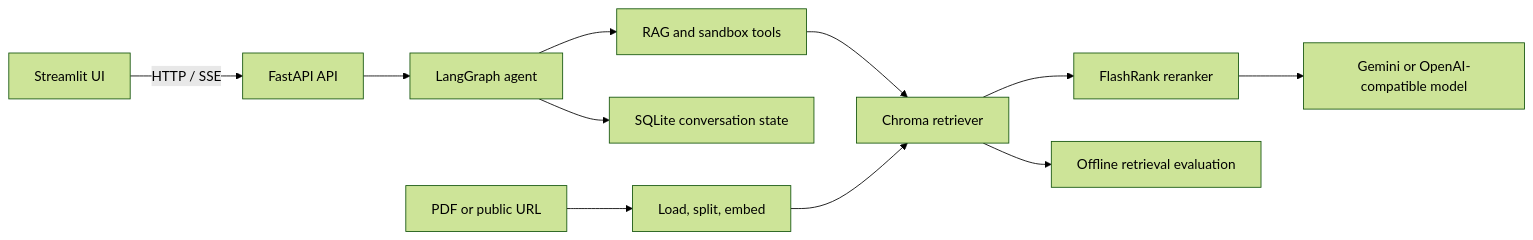
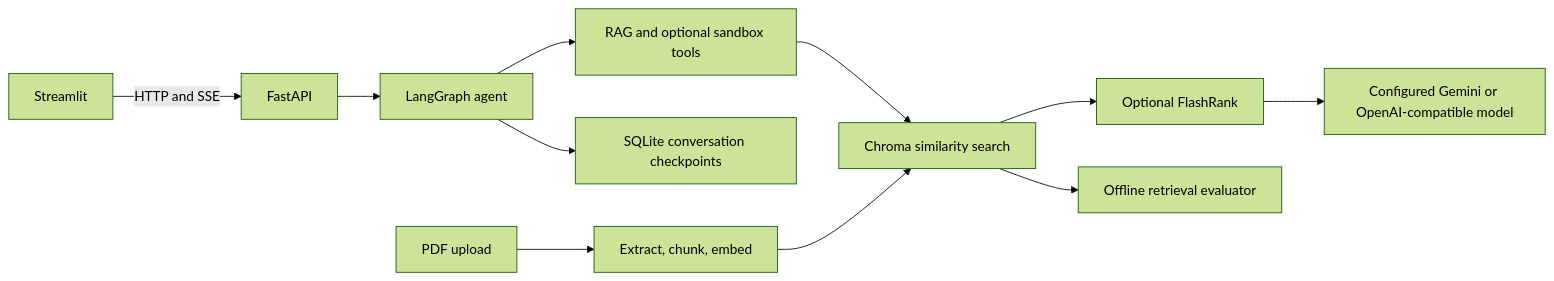
The diagram in README.md (edwinv96/Doculens), drawn with Mermaid (forest theme) before and after one commit. The commit also changed other lines of this file and 36 other files, not shown here.

````diff
--- a/README.md
+++ b/README.md
@@ -22,13 +21,13 @@
 ```mermaid
 flowchart LR
-    UI["Streamlit UI"] -->|"HTTP / SSE"| API["FastAPI API"]
-    API --> AGENT["LangGraph agent"]
-    AGENT --> TOOLS["RAG and sandbox tools"]
-    TOOLS --> RETRIEVER["Chroma retriever"]
-    RETRIEVER --> RERANK["FlashRank reranker"]
-    RERANK --> MODEL["Gemini or OpenAI-compatible model"]
-    AGENT --> STATE["SQLite conversation state"]
-    UPLOAD["PDF or public URL"] --> INGEST["Load, split, embed"]
-    INGEST --> RETRIEVER
-    RETRIEVER --> EVAL["Offline retrieval evaluation"]
+    UI[Streamlit] -->|HTTP and SSE| API[FastAPI]
+    API --> AGENT[LangGraph agent]
+    AGENT --> TOOLS[RAG and optional sandbox tools]
+    TOOLS --> RETRIEVAL[Chroma similarity search]
+    RETRIEVAL --> RERANK[Optional FlashRank]
+    RERANK --> MODEL[Configured Gemini or OpenAI-compatible model]
+    AGENT --> DB[SQLite conversation checkpoints]
+    PDF[PDF upload] --> INGEST[Extract, chunk, embed]
+    INGEST --> RETRIEVAL
+    RETRIEVAL --> EVAL[Offline retrieval evaluator]
 ```
````
